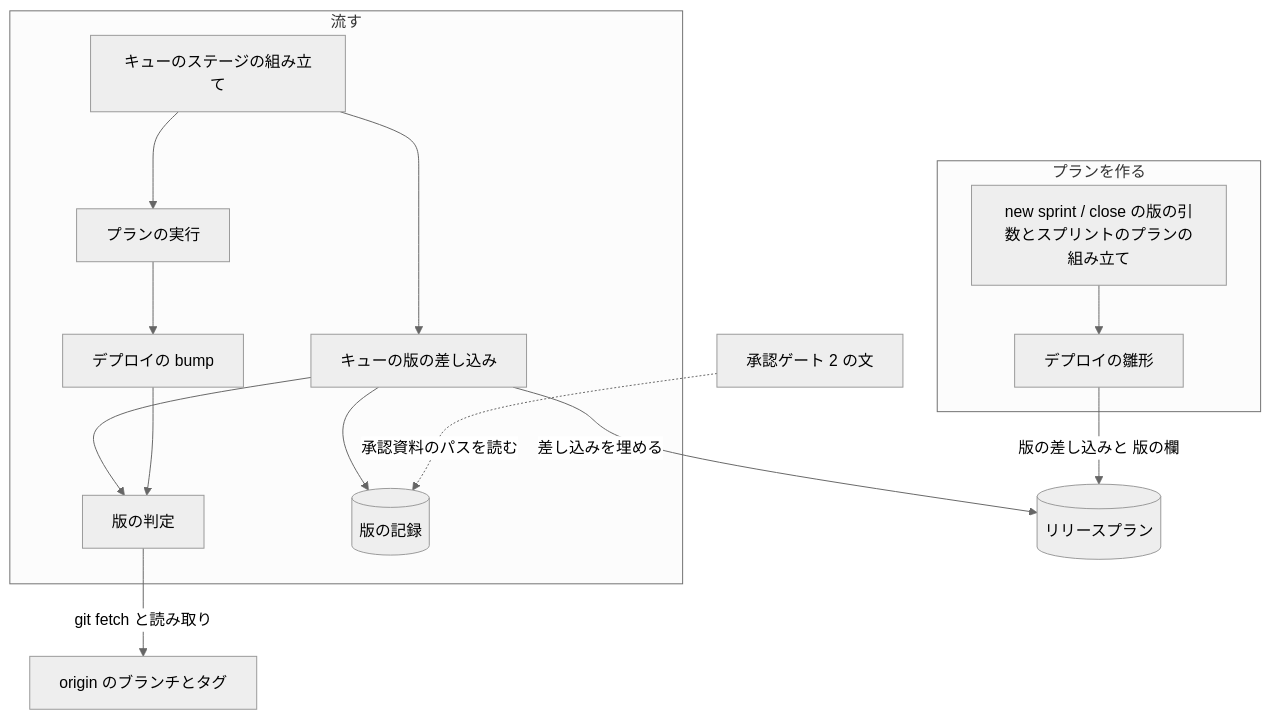
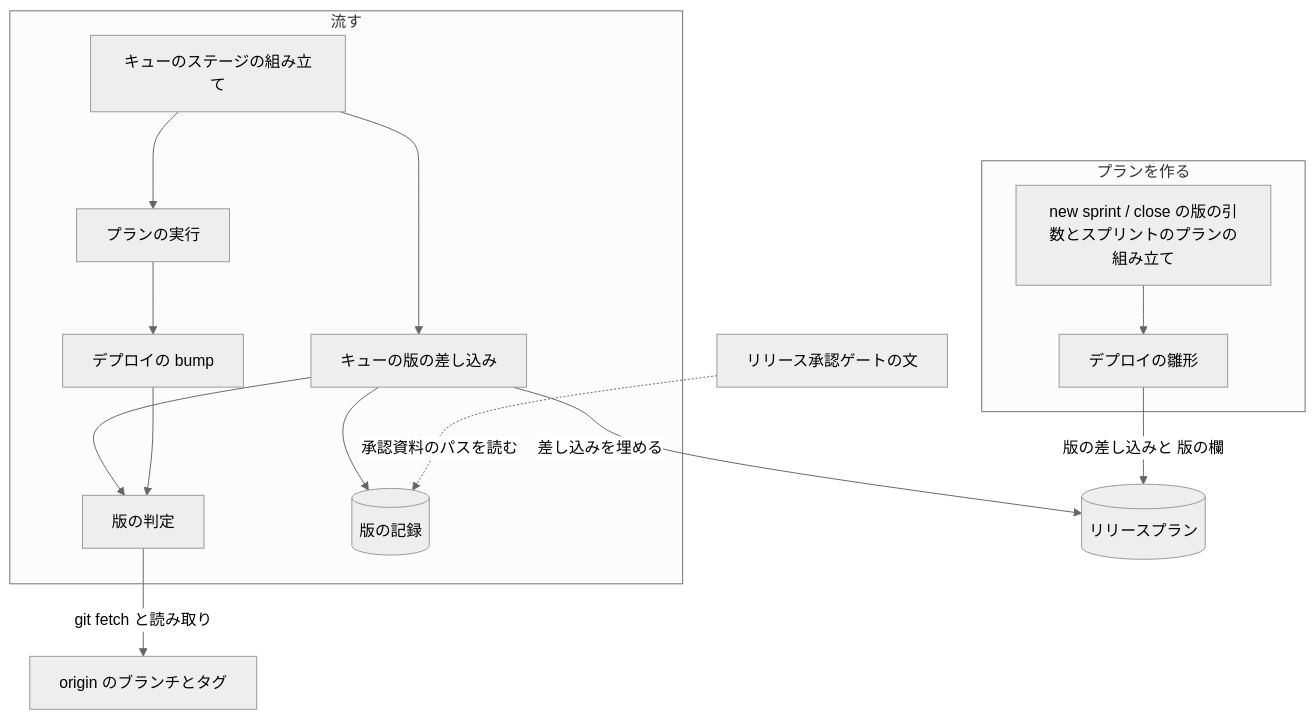
Before and after one commit to devbasex/ai-plugins: the first of 2 diagrams in docs/specifications/ndf-release-version-at-run-time.md, drawn with Mermaid (neutral theme). The commit also changed other lines of this file and 96 other files, not shown here.

````diff
--- a/docs/specifications/ndf-release-version-at-run-time.md
+++ b/docs/specifications/ndf-release-version-at-run-time.md
@@ -51,18 +51,18 @@
 ```mermaid
 graph TD
     subgraph プランを作る
         NEW[new sprint / close の版の引数とスプリントのプランの組み立て] --> TPL[デプロイの雛形]
     end
     subgraph 流す
         Q[キューのステージの組み立て] --> FILL[キューの版の差し込み]
         FILL --> JUDGE[版の判定]
         FILL --> REC[(版の記録)]
         Q --> ENG[プランの実行]
         ENG --> BUMP[デプロイの bump]
         BUMP --> JUDGE
     end
     TPL -->|版の差し込みと 版の欄| PLAN[(リリースプラン)]
     FILL -->|差し込みを埋める| PLAN
     JUDGE -->|git fetch と読み取り| ORIGIN[origin のブランチとタグ]
-    GATE[承認ゲート 2 の文] -.->|承認資料のパスを読む| REC
+    GATE[リリース承認ゲートの文] -.->|承認資料のパスを読む| REC
 ```
````
